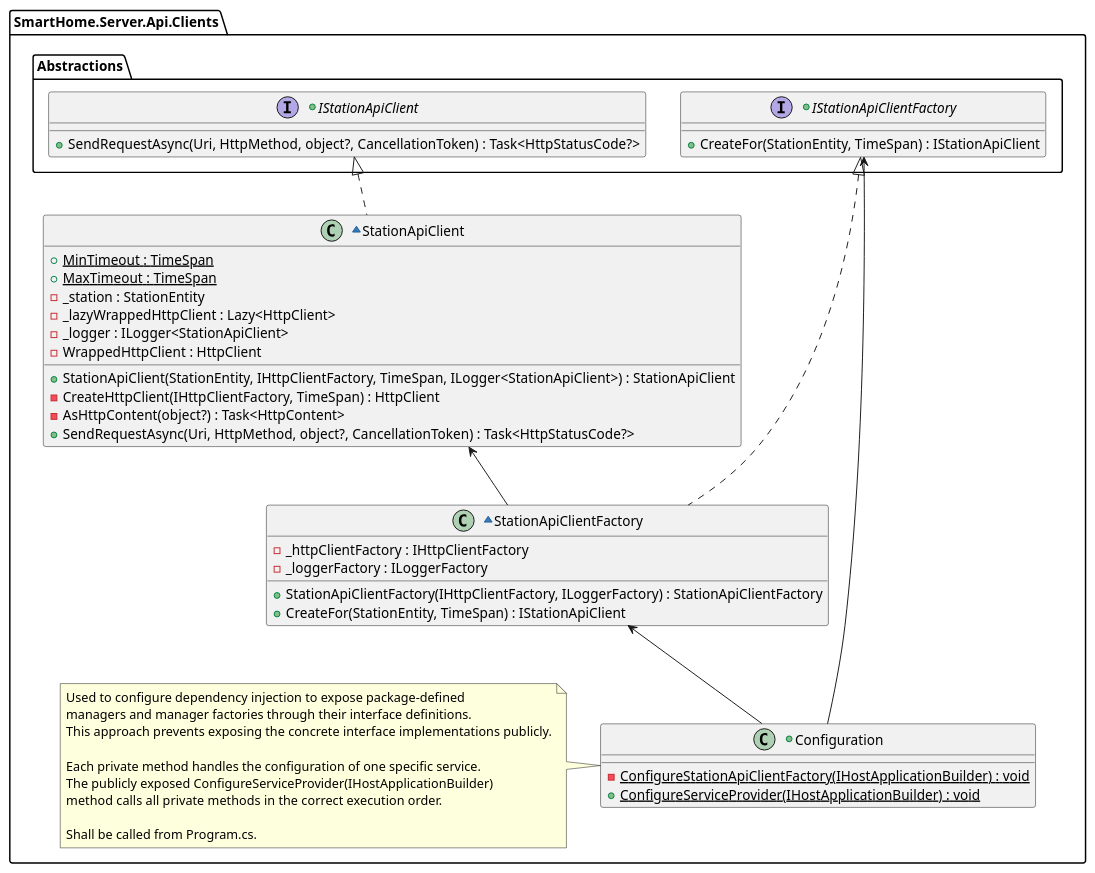
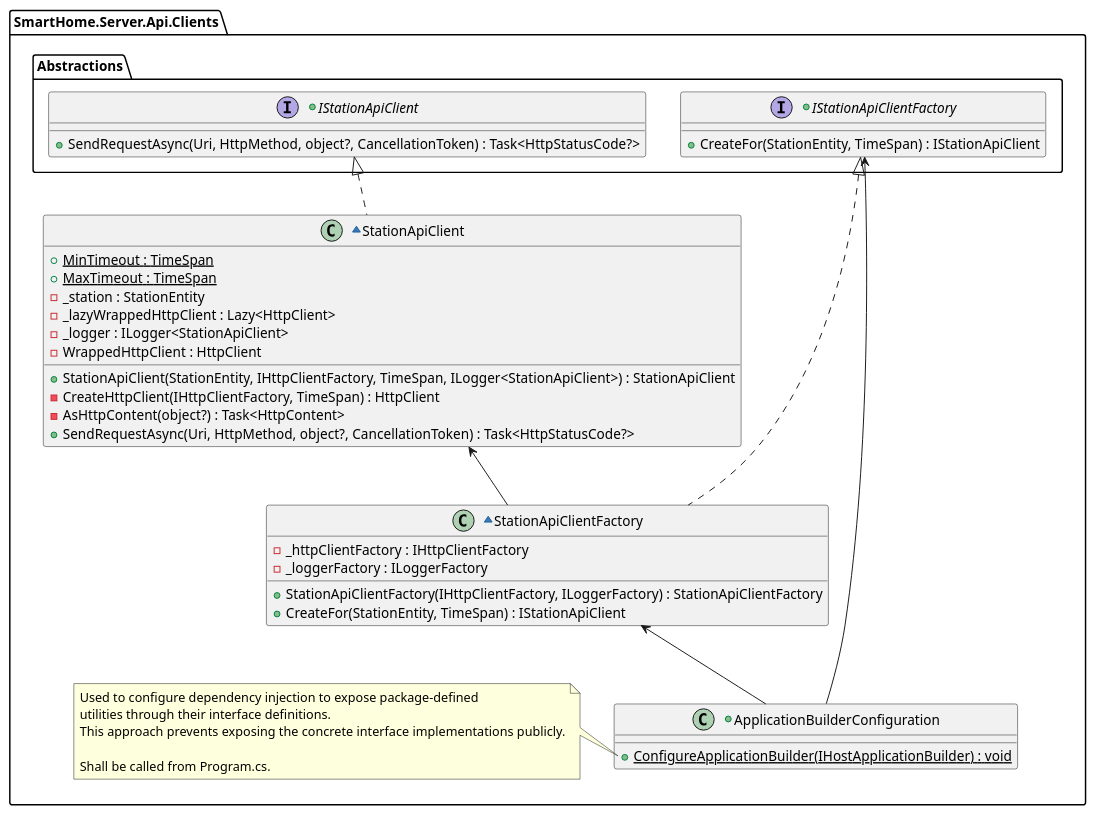
Before and after one commit to JakubMiodunka/smart-home: the diagram in doc/Server/uml/modules/SmartHome.Server.Api.Clients.pu, drawn with PlantUML. The commit also changed 15 other files, not shown here.

Commit message:
[#40] Adding application builder confiuguration for ApiClients and FEatureManages modules.

```diff
--- a/doc/Server/uml/modules/SmartHome.Server.Api.Clients.pu
+++ b/doc/Server/uml/modules/SmartHome.Server.Api.Clients.pu
@@ -1,58 +1,53 @@
 @startuml
 
 package "SmartHome.Server.Api.Clients" as ApiClient {
     package Abstractions {
         +interface IStationApiClient {
             +SendRequestAsync(Uri, HttpMethod, object?, CancellationToken) : Task<HttpStatusCode?>
         }
 
         +interface IStationApiClientFactory {
             +CreateFor(StationEntity, TimeSpan) : IStationApiClient
         }
     }
 
     ~class StationApiClient {
         +{static} MinTimeout : TimeSpan
         +{static} MaxTimeout : TimeSpan
         -_station : StationEntity
         -_lazyWrappedHttpClient : Lazy<HttpClient>
         -_logger : ILogger<StationApiClient>
         -WrappedHttpClient : HttpClient
         +StationApiClient(StationEntity, IHttpClientFactory, TimeSpan, ILogger<StationApiClient>) : StationApiClient
         -CreateHttpClient(IHttpClientFactory, TimeSpan) : HttpClient
         -AsHttpContent(object?) : Task<HttpContent>
         +SendRequestAsync(Uri, HttpMethod, object?, CancellationToken) : Task<HttpStatusCode?>
     }
 
     ~class StationApiClientFactory {
         -_httpClientFactory : IHttpClientFactory
         -_loggerFactory : ILoggerFactory
         +StationApiClientFactory(IHttpClientFactory, ILoggerFactory) : StationApiClientFactory
         +CreateFor(StationEntity, TimeSpan) : IStationApiClient
     }
 
-    +class Configuration {
-        -{static} ConfigureStationApiClientFactory(IHostApplicationBuilder) : void
-        +{static} ConfigureServiceProvider(IHostApplicationBuilder) : void
+    +class ApplicationBuilderConfiguration {
+        +{static} ConfigureApplicationBuilder(IHostApplicationBuilder) : void
     }
 
     IStationApiClientFactory <|.. StationApiClientFactory
     IStationApiClient <|.. StationApiClient
     StationApiClient <-- StationApiClientFactory
-    IStationApiClientFactory <-- Configuration
-    StationApiClientFactory <-- Configuration
+    IStationApiClientFactory <-- ApplicationBuilderConfiguration
+    StationApiClientFactory <-- ApplicationBuilderConfiguration
 
-    note left of Configuration
+    note left of ApplicationBuilderConfiguration::ConfigureApplicationBuilder
         Used to configure dependency injection to expose package-defined 
-        managers and manager factories through their interface definitions.
+        utilities through their interface definitions.
         This approach prevents exposing the concrete interface implementations publicly.
-        
-        Each private method handles the configuration of one specific service.
-        The publicly exposed ConfigureServiceProvider(IHostApplicationBuilder) 
-        method calls all private methods in the correct execution order.
         
         Shall be called from Program.cs.
     end note
 }
 
 @enduml
```
